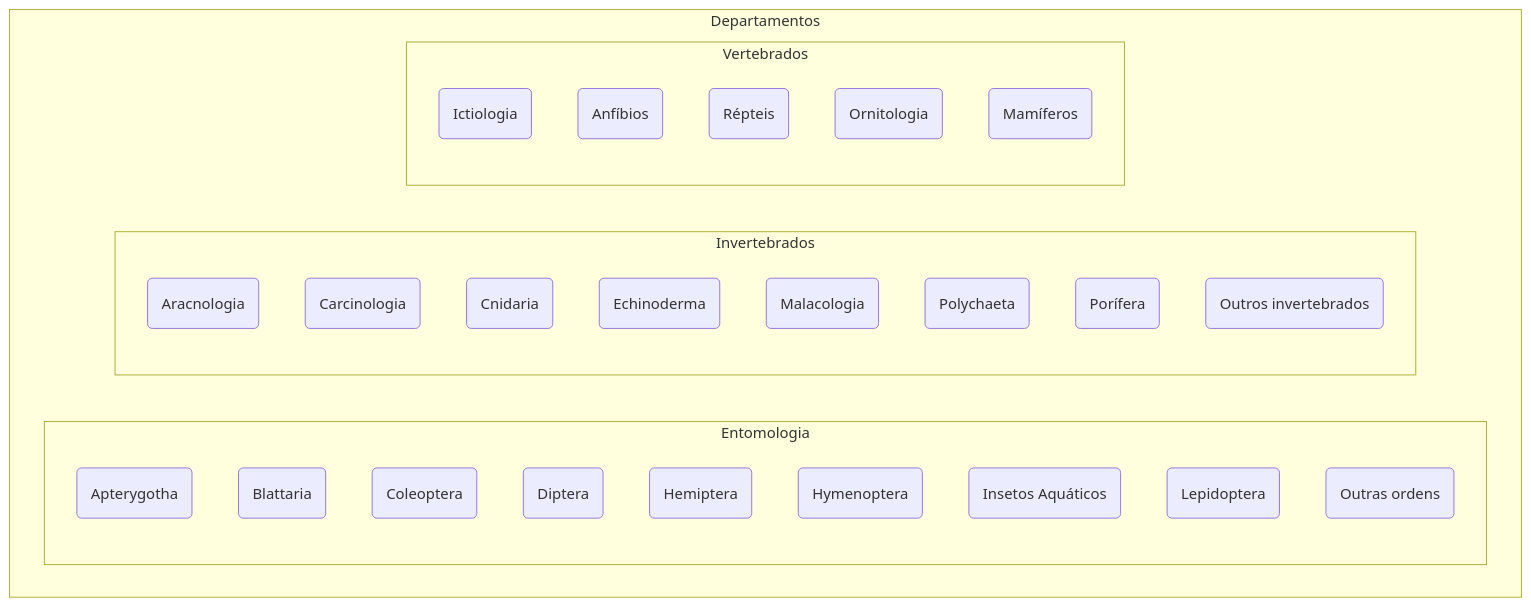
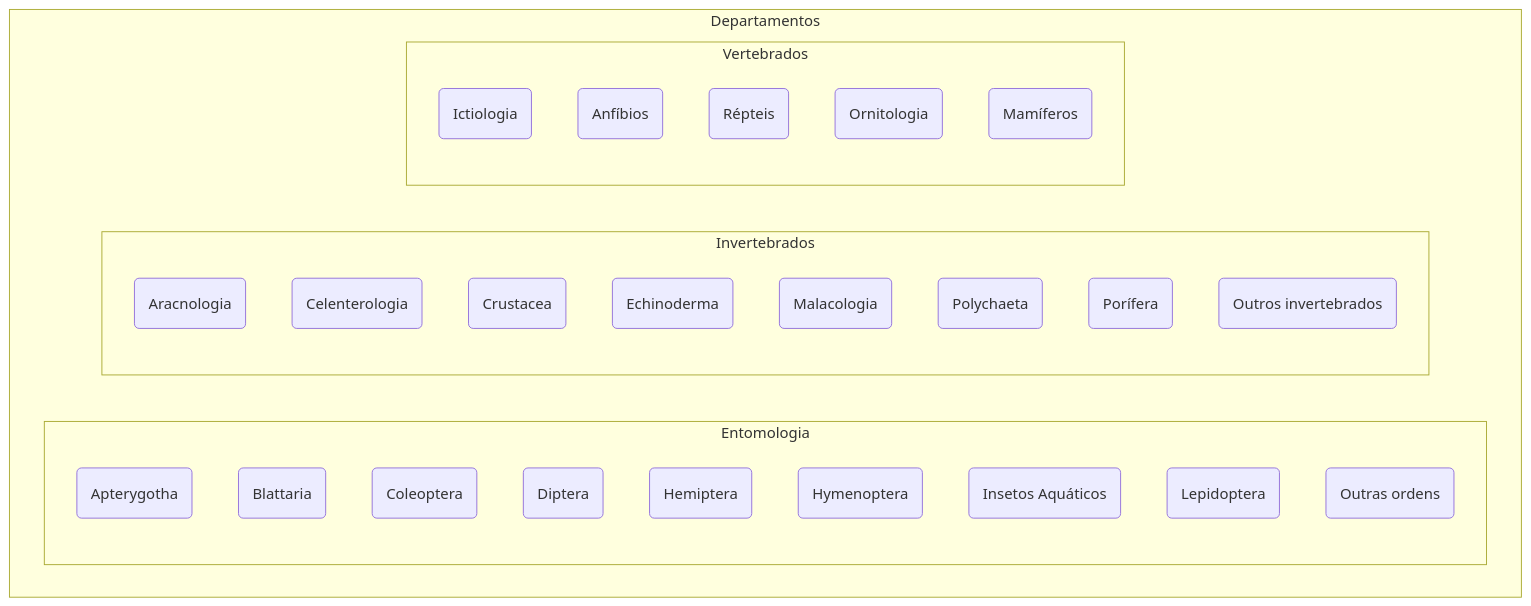
The diagram in organizacaoInstitucional/museuNacional/README.md (MuseuNacional/SpecifyBR), drawn with Mermaid before and after one commit.

````diff
--- a/organizacaoInstitucional/museuNacional/README.md
+++ b/organizacaoInstitucional/museuNacional/README.md
@@ -4,35 +4,35 @@
 ```mermaid
 flowchart TB
   subgraph Departamentos
       direction RL    
       subgraph Entomologia
         c1(Apterygotha)
         c2(Blattaria)
         c3(Coleoptera)
         c4(Diptera)
         c6(Hemiptera)
         c7(Hymenoptera)
         c8(Insetos Aquáticos)
         c9(Lepidoptera)
         c10(Outras ordens)
       end
       subgraph Invertebrados
         c11(Aracnologia)
-        c12(Carcinologia)
-        c13(Cnidaria)
+        c12(Celenterologia)
+        c13(Crustacea)
         c14(Echinoderma)
         c15(Malacologia)
         c16(Polychaeta)
         c17(Porífera)
         c18(Outros invertebrados)
       end
       subgraph Vertebrados
         c19(Ictiologia)
         c20(Anfíbios)
         c21(Répteis)
         c22(Ornitologia)
         c24(Mamíferos)
       end
   end
 
 ```
````
